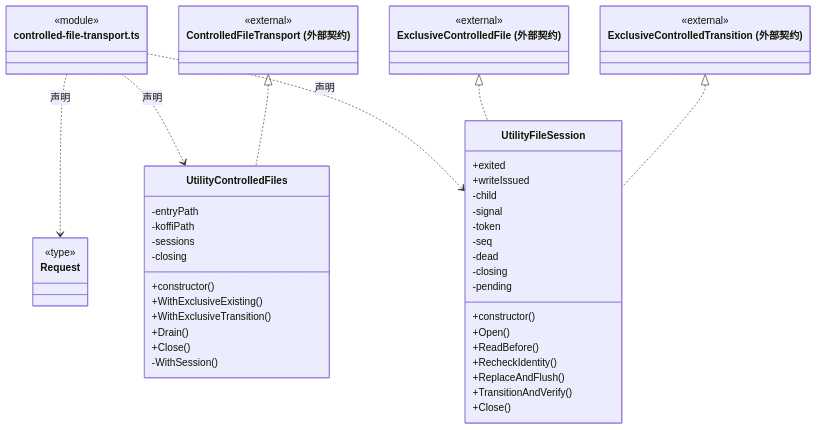
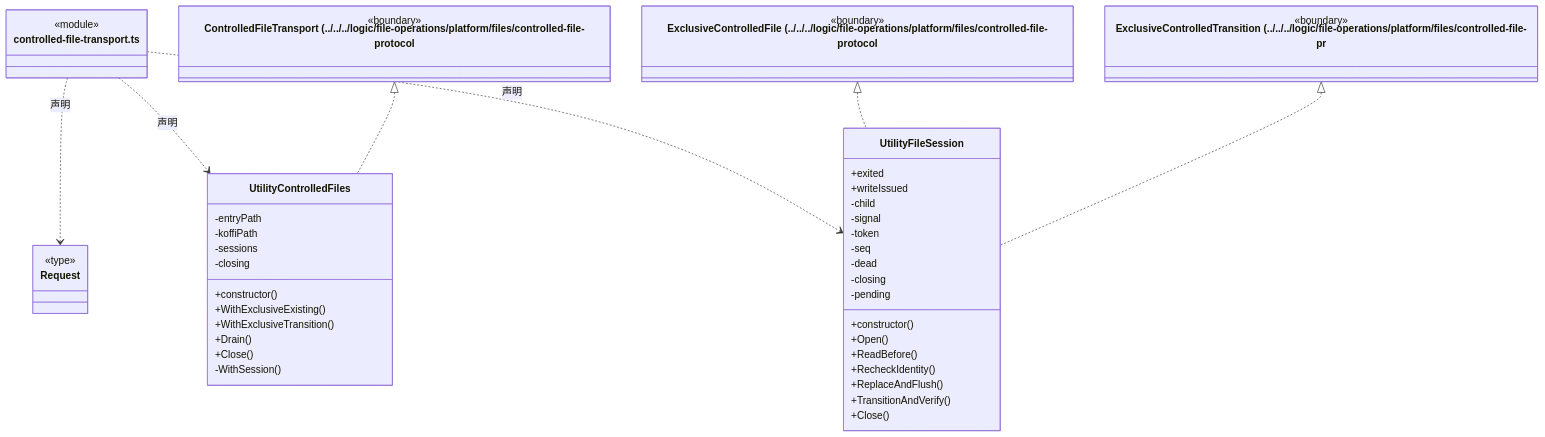
Before and after one commit to nan023062/cbim: the third of 4 diagrams in src/bridge/server/platform/ARCHITECTURE.md, drawn with Mermaid. The commit also changed other lines of this file and 112 other files, not shown here.

Commit message:
docs: align source architecture with current declarations and contracts

````diff
--- a/src/bridge/server/platform/ARCHITECTURE.md
+++ b/src/bridge/server/platform/ARCHITECTURE.md
@@ -64,55 +64,55 @@
 ```mermaid
 classDiagram
 class N_src_bridge_server_platform_controlled_file_transport_ts["controlled-file-transport.ts"] {
   <<module>>
 }
 class N_src_bridge_server_platform_controlled_file_transport_ts_Request["Request"] {
   <<type>>
 
 }
 N_src_bridge_server_platform_controlled_file_transport_ts ..> N_src_bridge_server_platform_controlled_file_transport_ts_Request : 声明
 class N_src_bridge_server_platform_controlled_file_transport_ts_UtilityControlledFiles["UtilityControlledFiles"] {
   +constructor()
   +WithExclusiveExisting()
   +WithExclusiveTransition()
   +Drain()
   +Close()
   -entryPath
   -koffiPath
   -sessions
   -closing
   -WithSession()
 }
 N_src_bridge_server_platform_controlled_file_transport_ts ..> N_src_bridge_server_platform_controlled_file_transport_ts_UtilityControlledFiles : 声明
-class N_src_bridge_server_platform_controlled_file_transport_ts_external_ControlledFileTransport["ControlledFileTransport (外部契约)"] {
-  <<external>>
+class N_src_bridge_server_platform_controlled_file_transport_ts_external_ControlledFileTransport["ControlledFileTransport (../../../logic/file-operations/platform/files/controlled-file-protocol"] {
+  <<boundary>>
 }
 N_src_bridge_server_platform_controlled_file_transport_ts_external_ControlledFileTransport <|.. N_src_bridge_server_platform_controlled_file_transport_ts_UtilityControlledFiles
 class N_src_bridge_server_platform_controlled_file_transport_ts_UtilityFileSession["UtilityFileSession"] {
   +exited
   +constructor()
   +writeIssued
   +Open()
   +ReadBefore()
   +RecheckIdentity()
   +ReplaceAndFlush()
   +TransitionAndVerify()
   +Close()
   -child
   -signal
   -token
   -seq
   -dead
   -closing
   -pending
 }
 N_src_bridge_server_platform_controlled_file_transport_ts ..> N_src_bridge_server_platform_controlled_file_transport_ts_UtilityFileSession : 声明
-class N_src_bridge_server_platform_controlled_file_transport_ts_external_ExclusiveControlledFile["ExclusiveControlledFile (外部契约)"] {
-  <<external>>
+class N_src_bridge_server_platform_controlled_file_transport_ts_external_ExclusiveControlledFile["ExclusiveControlledFile (../../../logic/file-operations/platform/files/controlled-file-protocol"] {
+  <<boundary>>
 }
 N_src_bridge_server_platform_controlled_file_transport_ts_external_ExclusiveControlledFile <|.. N_src_bridge_server_platform_controlled_file_transport_ts_UtilityFileSession
-class N_src_bridge_server_platform_controlled_file_transport_ts_external_ExclusiveControlledTransition["ExclusiveControlledTransition (外部契约)"] {
-  <<external>>
+class N_src_bridge_server_platform_controlled_file_transport_ts_external_ExclusiveControlledTransition["ExclusiveControlledTransition (../../../logic/file-operations/platform/files/controlled-file-pr"] {
+  <<boundary>>
 }
 N_src_bridge_server_platform_controlled_file_transport_ts_external_ExclusiveControlledTransition <|.. N_src_bridge_server_platform_controlled_file_transport_ts_UtilityFileSession
 ```
````
